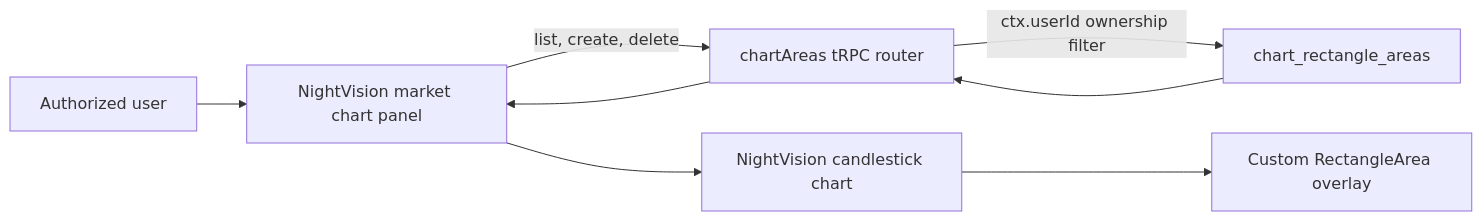
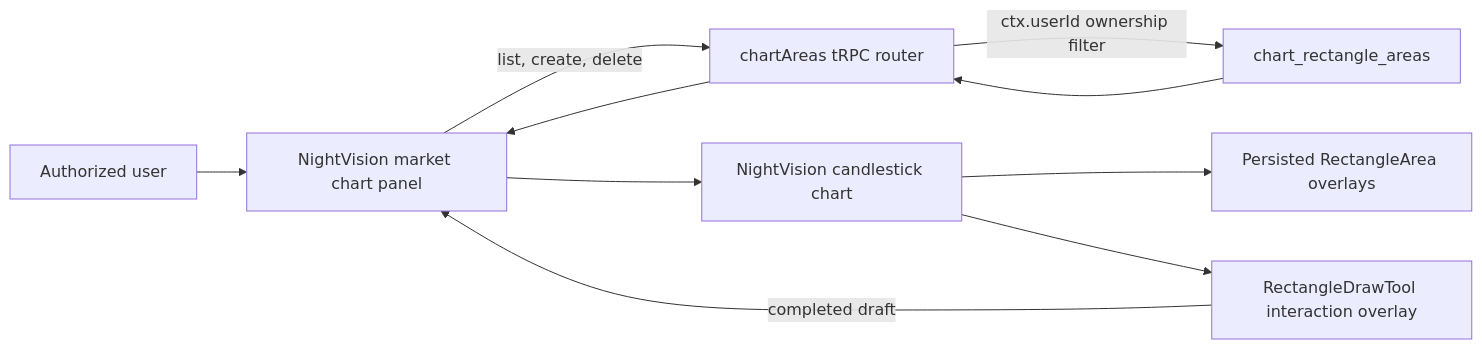
The diagram in showmeedge/1PROJECT-DOCS/20_drawrectangle_areas.md (JaggedIntelligence/projects), drawn with Mermaid before and after one commit. The commit also changed other lines of this file and 5 other files, not shown here.

Commit message:
Draw Area with Mouse works .. no inputs needed

````diff
--- a/showmeedge/1PROJECT-DOCS/20_drawrectangle_areas.md
+++ b/showmeedge/1PROJECT-DOCS/20_drawrectangle_areas.md
@@ -56,10 +55,12 @@
 ```mermaid
 flowchart LR
     U["Authorized user"] --> P["NightVision market chart panel"]
     P -->|"list, create, delete"| T["chartAreas tRPC router"]
     T -->|"ctx.userId ownership filter"| D["chart_rectangle_areas"]
     D --> T
     T --> P
     P --> C["NightVision candlestick chart"]
-    C --> O["Custom RectangleArea overlay"]
+    C --> O["Persisted RectangleArea overlays"]
+    C --> R["RectangleDrawTool interaction overlay"]
+    R -->|"completed draft"| P
 ```
````
